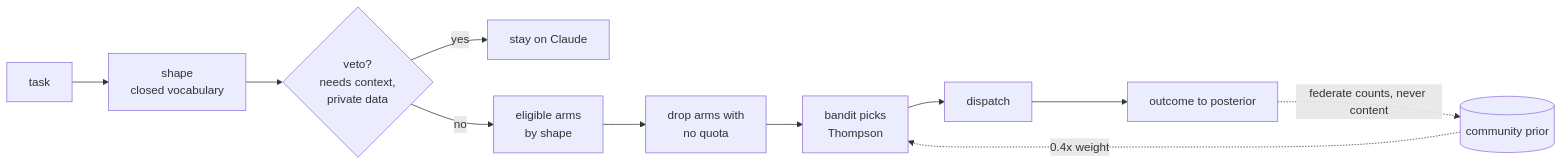
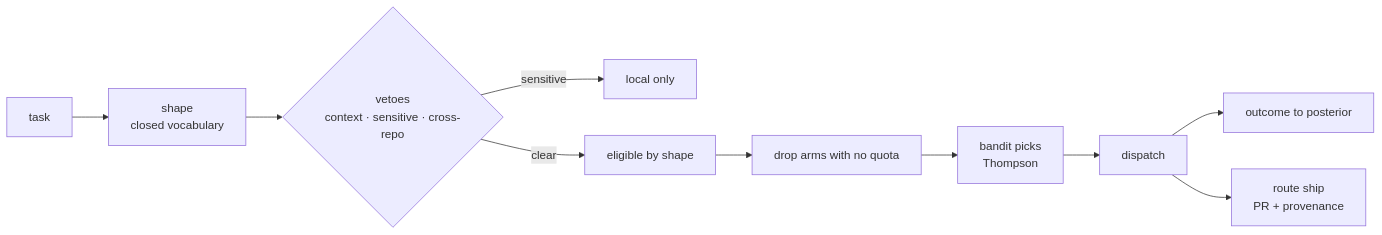
Before and after one commit to jhammant/route-skill: the diagram in README.md, drawn with Mermaid. The commit also changed other lines of this file, not shown here.

First line of the commit message:
docs: lead the README with sensitive-data routing

````diff
--- a/README.md
+++ b/README.md
@@ -21,13 +57,12 @@
 ```mermaid
 flowchart LR
   A[task] --> B[shape<br/>closed vocabulary]
-  B --> C{veto?<br/>needs context,<br/>private data}
-  C -->|yes| Z[stay on Claude]
-  C -->|no| D[eligible arms<br/>by shape]
-  D --> E[drop arms with<br/>no quota]
+  B --> C{vetoes<br/>context · sensitive · cross-repo}
+  C -->|sensitive| L[local only]
+  C -->|clear| D[eligible by shape]
+  D --> E[drop arms with no quota]
   E --> F[bandit picks<br/>Thompson]
   F --> G[dispatch]
   G --> H[outcome to posterior]
-  H -.->|federate counts, never content| I[(community prior)]
-  I -.->|0.4x weight| F
+  G --> S[route ship<br/>PR + provenance]
 ```
````
